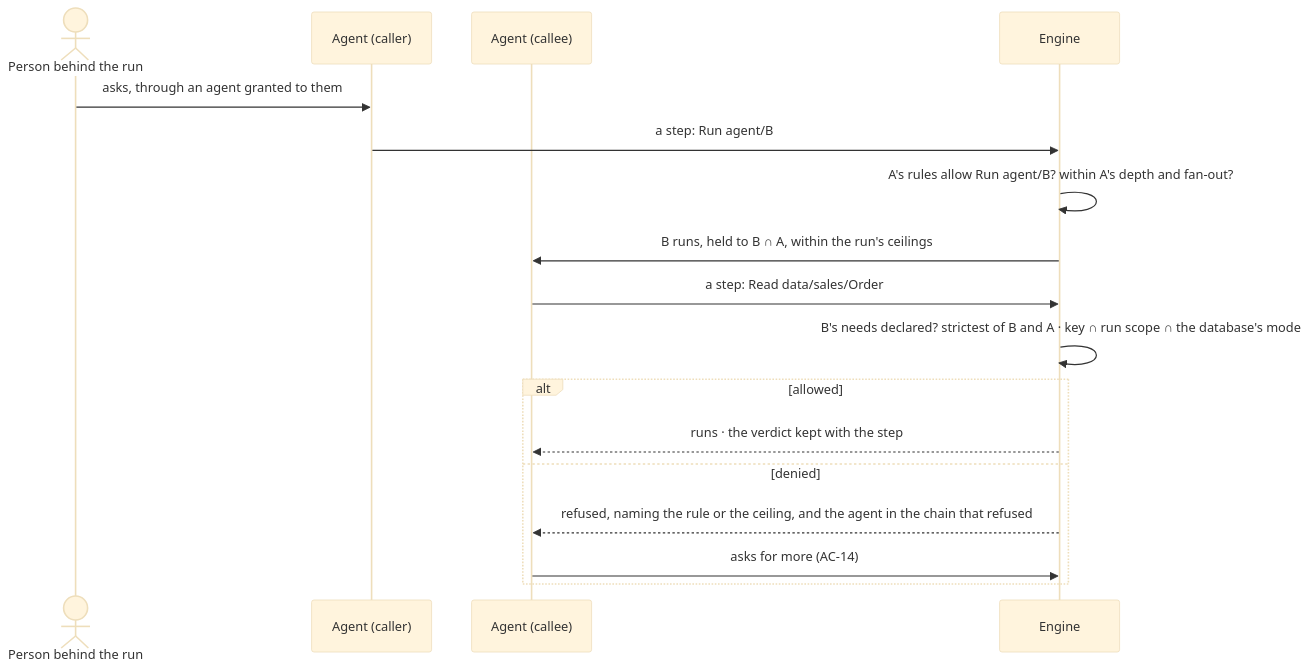
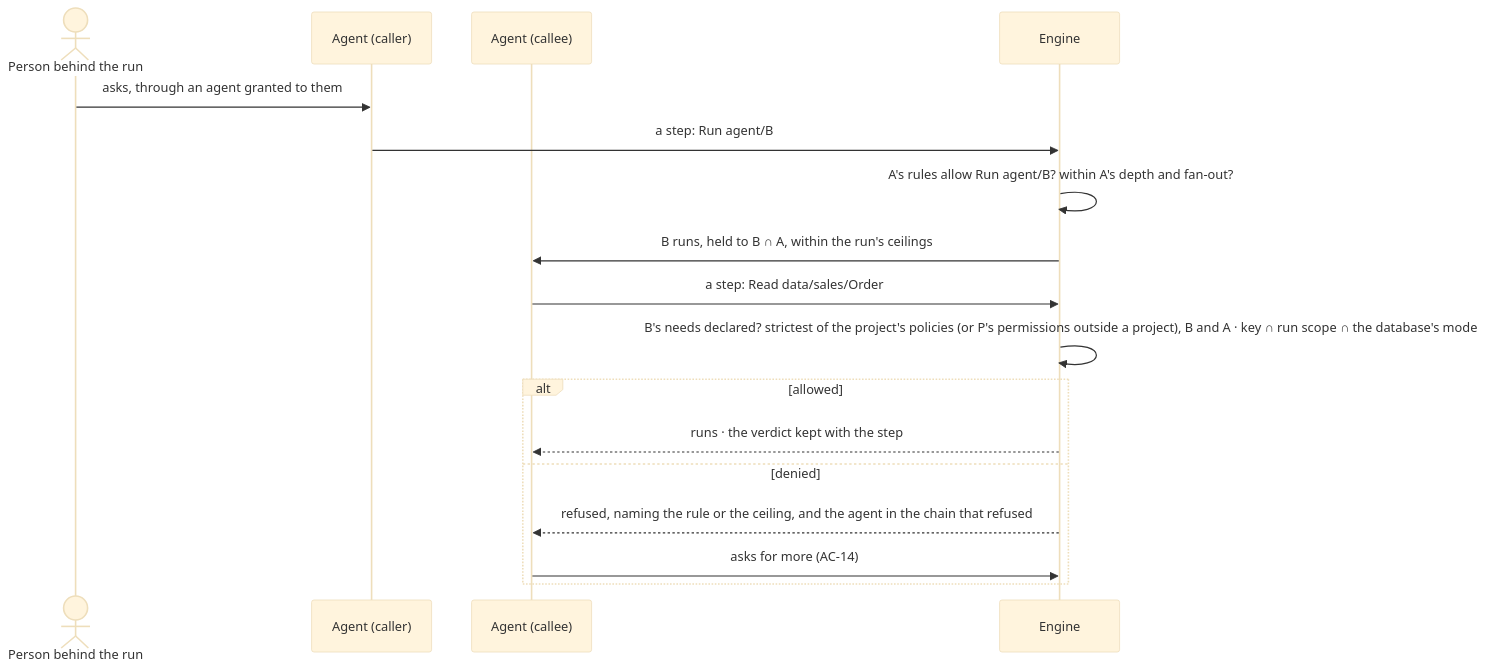
One commit to invana/invana changed the second of 2 diagrams in specs/os/access/features/AC-F04-what-an-agent-may-touch/feature.md. Above: the diagram before and after it, drawn with Mermaid (base theme). The commit also changed other lines of this file and 456 other files, not shown here.

````diff
--- a/specs/os/access/features/AC-F04-what-an-agent-may-touch/feature.md
+++ b/specs/os/access/features/AC-F04-what-an-agent-may-touch/feature.md
@@ -48,19 +48,19 @@
 ```mermaid
 sequenceDiagram
   actor P as Person behind the run
   participant A as Agent (caller)
   participant B as Agent (callee)
   participant E as Engine
   P->>A: asks, through an agent granted to them
   A->>E: a step: Run agent/B
   E->>E: A's rules allow Run agent/B? within A's depth and fan-out?
   E->>B: B runs, held to B ∩ A, within the run's ceilings
   B->>E: a step: Read data/sales/Order
-  E->>E: B's needs declared? strictest of B and A · key ∩ run scope ∩ the database's mode
+  E->>E: B's needs declared? strictest of the project's policies (or P's permissions outside a project), B and A · key ∩ run scope ∩ the database's mode
   alt allowed
     E-->>B: runs · the verdict kept with the step
   else denied
     E-->>B: refused, naming the rule or the ceiling, and the agent in the chain that refused
     B->>E: asks for more (AC-14)
   end
 ```
````
